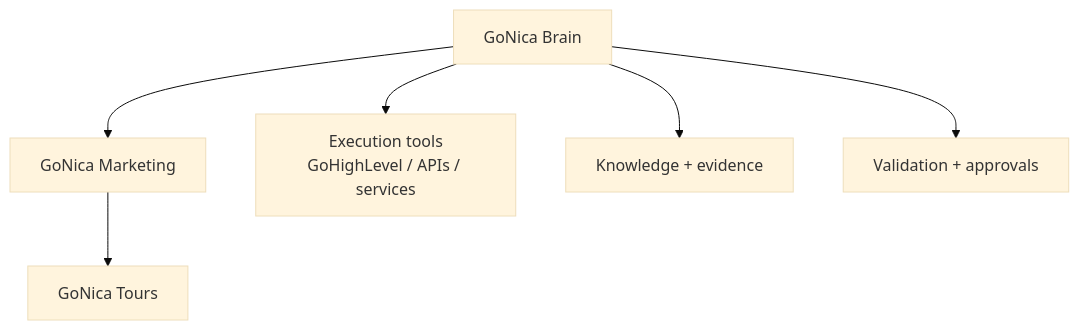
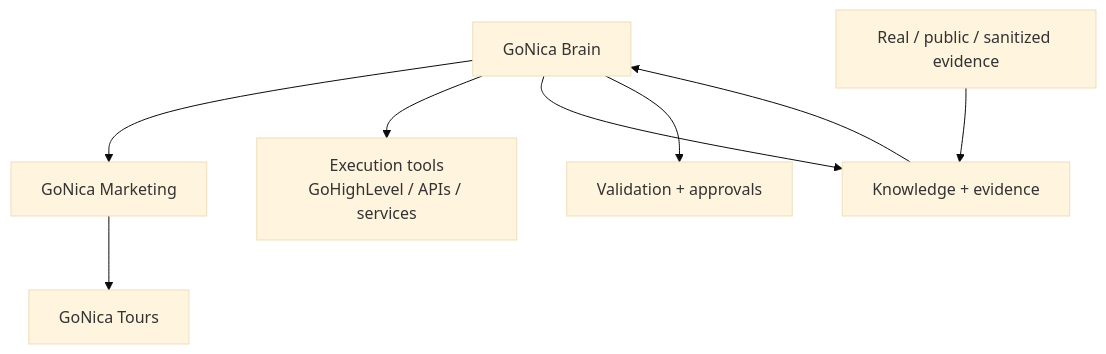
Before and after one commit to Alvaro-Olivas/GoNica-Evidence-Room: the diagram in PROJECT_MAP.md, drawn with Mermaid (base theme). The commit also changed other lines of this file, not shown here.

Commit message:
Refresh project map for live Marketing and evidence layers

````diff
--- a/PROJECT_MAP.md
+++ b/PROJECT_MAP.md
@@ -7,8 +7,10 @@
 ```mermaid
 flowchart TD
     B[GoNica Brain] --> M[GoNica Marketing]
     M --> T[GoNica Tours]
     B --> E[Execution tools\nGoHighLevel / APIs / services]
     B --> K[Knowledge + evidence]
     B --> V[Validation + approvals]
+    R[Real / public / sanitized evidence] --> K
+    K --> B
 ```
````
